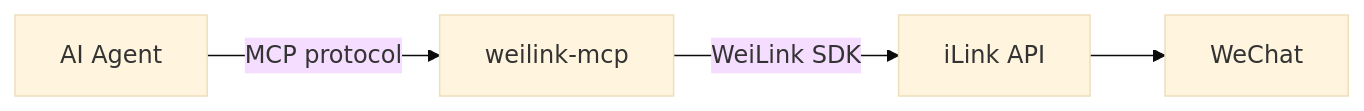
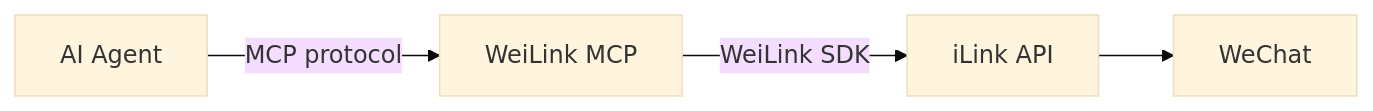
The diagram in docs/usage/mcp.md (Oaklight/weilink), drawn with Mermaid (base theme) before and after one commit. The commit also changed other lines of this file and 4 other files, not shown here.

````diff
--- a/docs/usage/mcp.md
+++ b/docs/usage/mcp.md
@@ -183,6 +184,6 @@
 ```mermaid
 graph LR
-    A[AI Agent] -->|MCP protocol| B[weilink-mcp]
+    A[AI Agent] -->|MCP protocol| B[WeiLink MCP]
     B -->|WeiLink SDK| C[iLink API]
     C --> D[WeChat]
 ```
````
